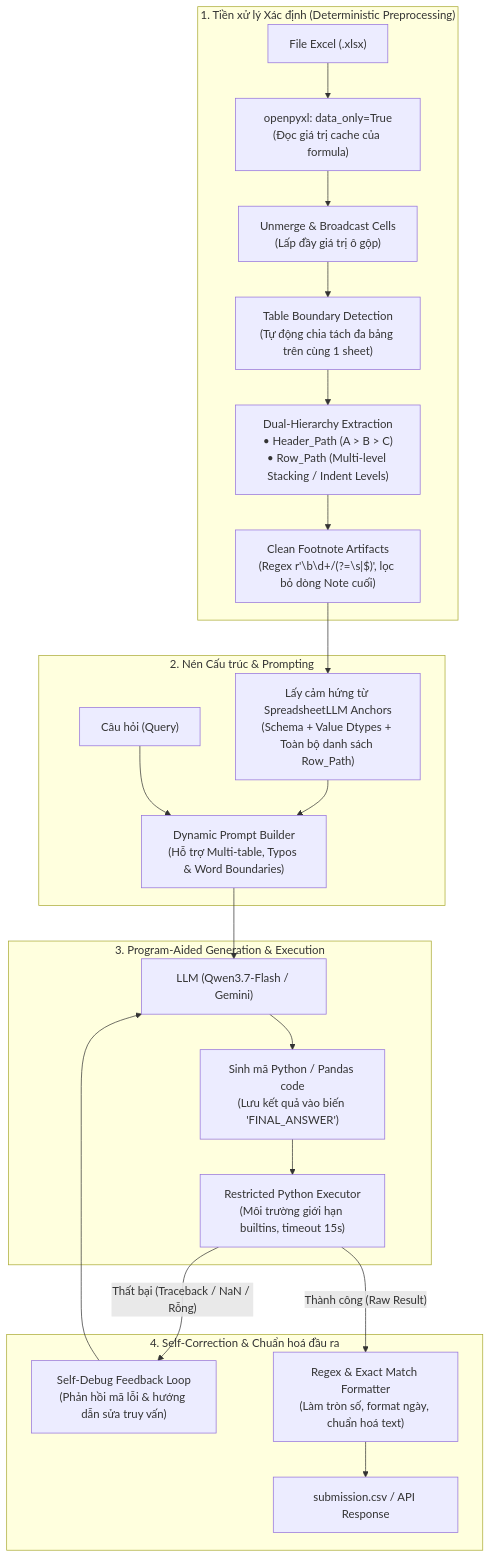
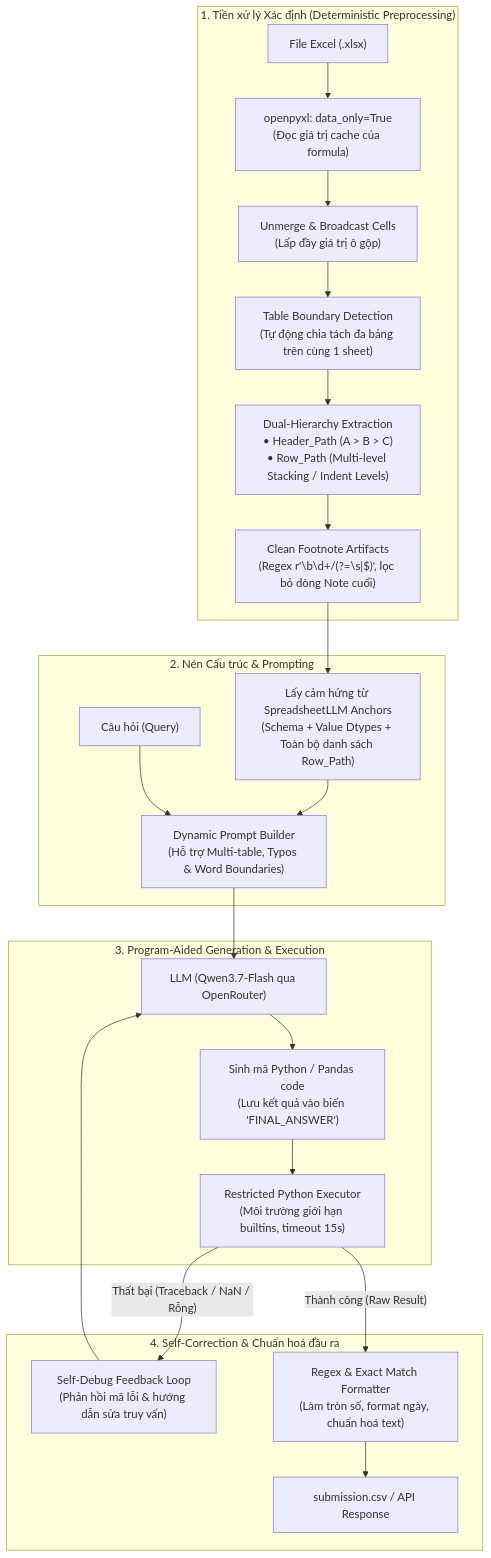
Before and after one commit to daFoggo/round-1: the diagram in README.md, drawn with Mermaid. The commit also changed other lines of this file and 52 other files, not shown here.

````diff
--- a/README.md
+++ b/README.md
@@ -9,29 +9,29 @@
 ```mermaid
 flowchart TD
     subgraph S1["1. Tiền xử lý Xác định (Deterministic Preprocessing)"]
         F["File Excel (.xlsx)"] --> P1["openpyxl: data_only=True<br/>(Đọc giá trị cache của formula)"]
         P1 --> P2["Unmerge & Broadcast Cells<br/>(Lấp đầy giá trị ô gộp)"]
         P2 --> P3["Table Boundary Detection<br/>(Tự động chia tách đa bảng trên cùng 1 sheet)"]
         P3 --> P4["Dual-Hierarchy Extraction<br/>• Header_Path (A > B > C)<br/>• Row_Path (Multi-level Stacking / Indent Levels)"]
         P4 --> P5["Clean Footnote Artifacts<br/>(Regex r'\b\d+/(?=\s|$)', lọc bỏ dòng Note cuối)"]
     end
 
     subgraph S2["2. Nén Cấu trúc & Prompting"]
         P5 --> C1["Lấy cảm hứng từ SpreadsheetLLM Anchors<br/>(Schema + Value Dtypes + Toàn bộ danh sách Row_Path)"]
         C1 --> PR["Dynamic Prompt Builder<br/>(Hỗ trợ Multi-table, Typos & Word Boundaries)"]
         Q["Câu hỏi (Query)"] --> PR
     end
 
     subgraph S3["3. Program-Aided Generation & Execution"]
-        PR --> LLM["LLM (Qwen3.7-Flash / Gemini)"]
+        PR --> LLM["LLM (Qwen3.7-Flash qua OpenRouter)"]
         LLM --> CODE["Sinh mã Python / Pandas code<br/>(Lưu kết quả vào biến 'FINAL_ANSWER')"]
         CODE --> EXEC["Restricted Python Executor<br/>(Môi trường giới hạn builtins, timeout 15s)"]
     end
 
     subgraph S4["4. Self-Correction & Chuẩn hoá đầu ra"]
         EXEC -- "Thất bại (Traceback / NaN / Rỗng)" --> FEEDBACK["Self-Debug Feedback Loop<br/>(Phản hồi mã lỗi & hướng dẫn sửa truy vấn)"]
         FEEDBACK --> LLM
         EXEC -- "Thành công (Raw Result)" --> FMT["Regex & Exact Match Formatter<br/>(Làm tròn số, format ngày, chuẩn hoá text)"]
         FMT --> OUT["submission.csv / API Response"]
     end
 ```
````
